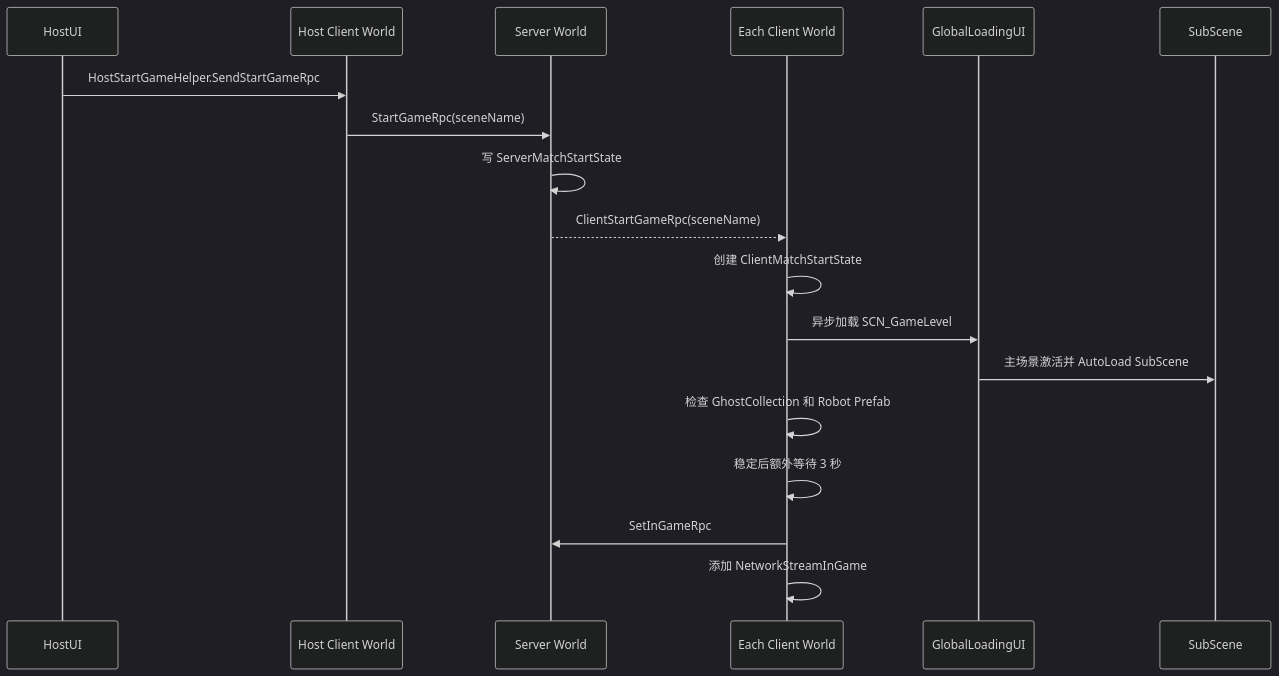
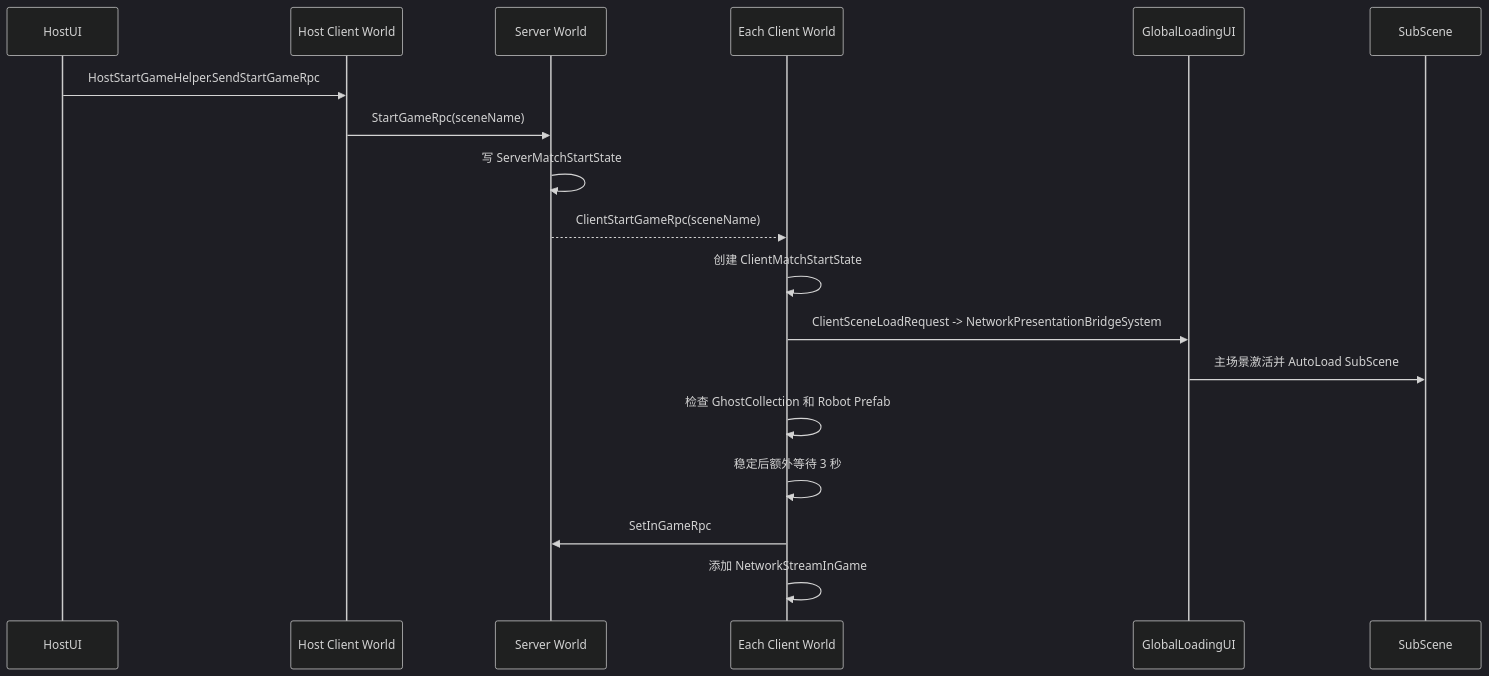
Before and after one commit to mcaswen/AnimarsCatcher: the third of 4 diagrams in docs/Architecture/04_StartupAndMatchFlow.md, drawn with Mermaid (dark theme). The commit also changed other lines of this file and 119 other files, not shown here.

````diff
--- a/docs/Architecture/04_StartupAndMatchFlow.md
+++ b/docs/Architecture/04_StartupAndMatchFlow.md
@@ -73,21 +73,21 @@
 ```mermaid
 sequenceDiagram
     participant HostUI
     participant HostClient as Host Client World
     participant Server as Server World
     participant Client as Each Client World
     participant Loader as GlobalLoadingUI
     participant SubScene
 
     HostUI->>HostClient: HostStartGameHelper.SendStartGameRpc
     HostClient->>Server: StartGameRpc(sceneName)
     Server->>Server: 写 ServerMatchStartState
     Server-->>Client: ClientStartGameRpc(sceneName)
     Client->>Client: 创建 ClientMatchStartState
-    Client->>Loader: 异步加载 SCN_GameLevel
+    Client->>Loader: ClientSceneLoadRequest -> NetworkPresentationBridgeSystem
     Loader->>SubScene: 主场景激活并 AutoLoad SubScene
     Client->>Client: 检查 GhostCollection 和 Robot Prefab
     Client->>Client: 稳定后额外等待 3 秒
     Client->>Server: SetInGameRpc
     Client->>Client: 添加 NetworkStreamInGame
 ```
````
